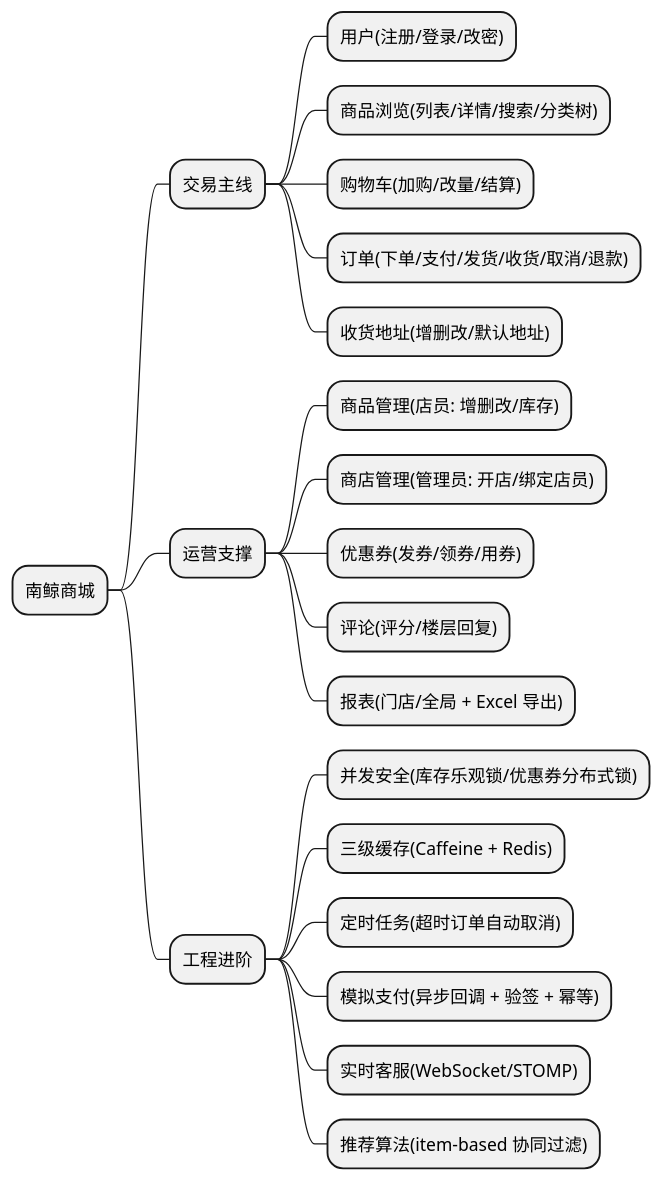
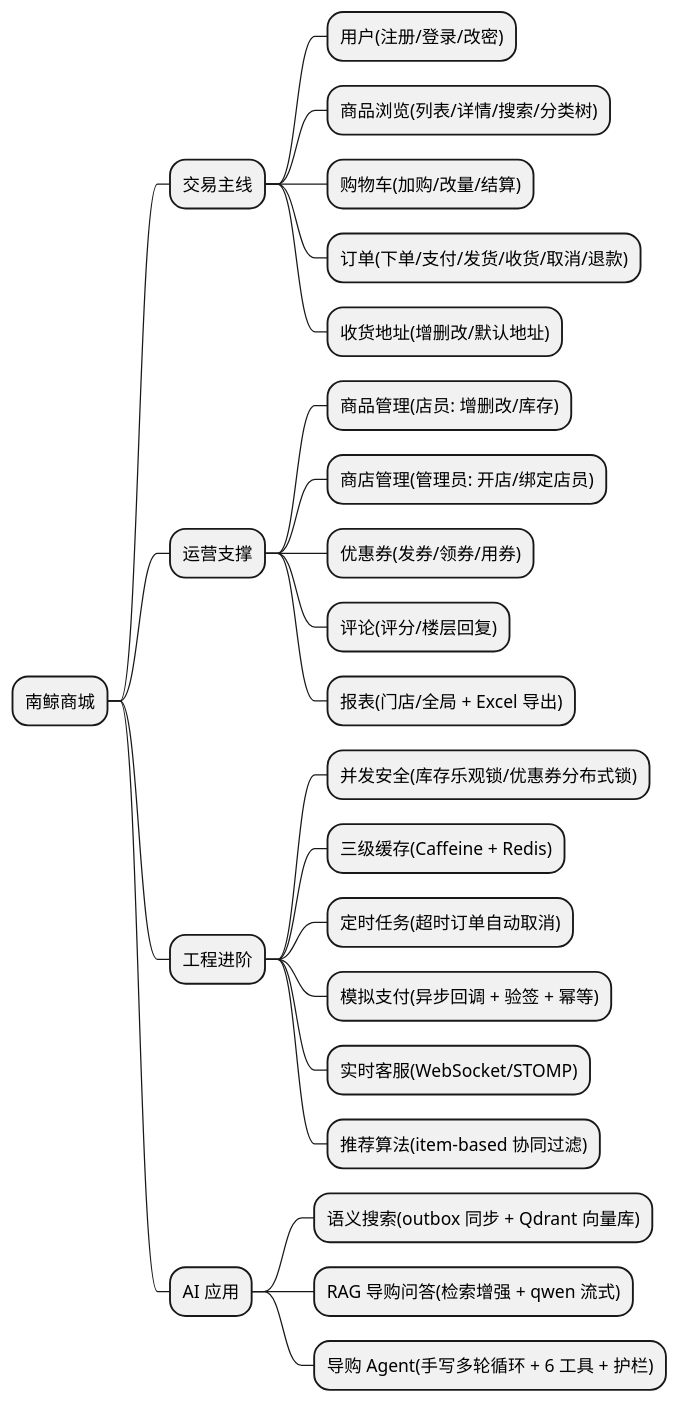
The first of 15 diagrams in docs/项目学习手册.md (twentyzhang/BlueWhale-backend), drawn with PlantUML before and after one commit. The commit also changed other lines of this file and 4 other files, not shown here.

````diff
--- a/docs/项目学习手册.md
+++ b/docs/项目学习手册.md
@@ -73,24 +77,28 @@
 ```plantuml
 @startmindmap
 * 南鲸商城
 ** 交易主线
 *** 用户(注册/登录/改密)
 *** 商品浏览(列表/详情/搜索/分类树)
 *** 购物车(加购/改量/结算)
 *** 订单(下单/支付/发货/收货/取消/退款)
 *** 收货地址(增删改/默认地址)
 ** 运营支撑
 *** 商品管理(店员: 增删改/库存)
 *** 商店管理(管理员: 开店/绑定店员)
 *** 优惠券(发券/领券/用券)
 *** 评论(评分/楼层回复)
 *** 报表(门店/全局 + Excel 导出)
 ** 工程进阶
 *** 并发安全(库存乐观锁/优惠券分布式锁)
 *** 三级缓存(Caffeine + Redis)
 *** 定时任务(超时订单自动取消)
 *** 模拟支付(异步回调 + 验签 + 幂等)
 *** 实时客服(WebSocket/STOMP)
 *** 推荐算法(item-based 协同过滤)
+** AI 应用
+*** 语义搜索(outbox 同步 + Qdrant 向量库)
+*** RAG 导购问答(检索增强 + qwen 流式)
+*** 导购 Agent(手写多轮循环 + 6 工具 + 护栏)
 @endmindmap
 ```
````
